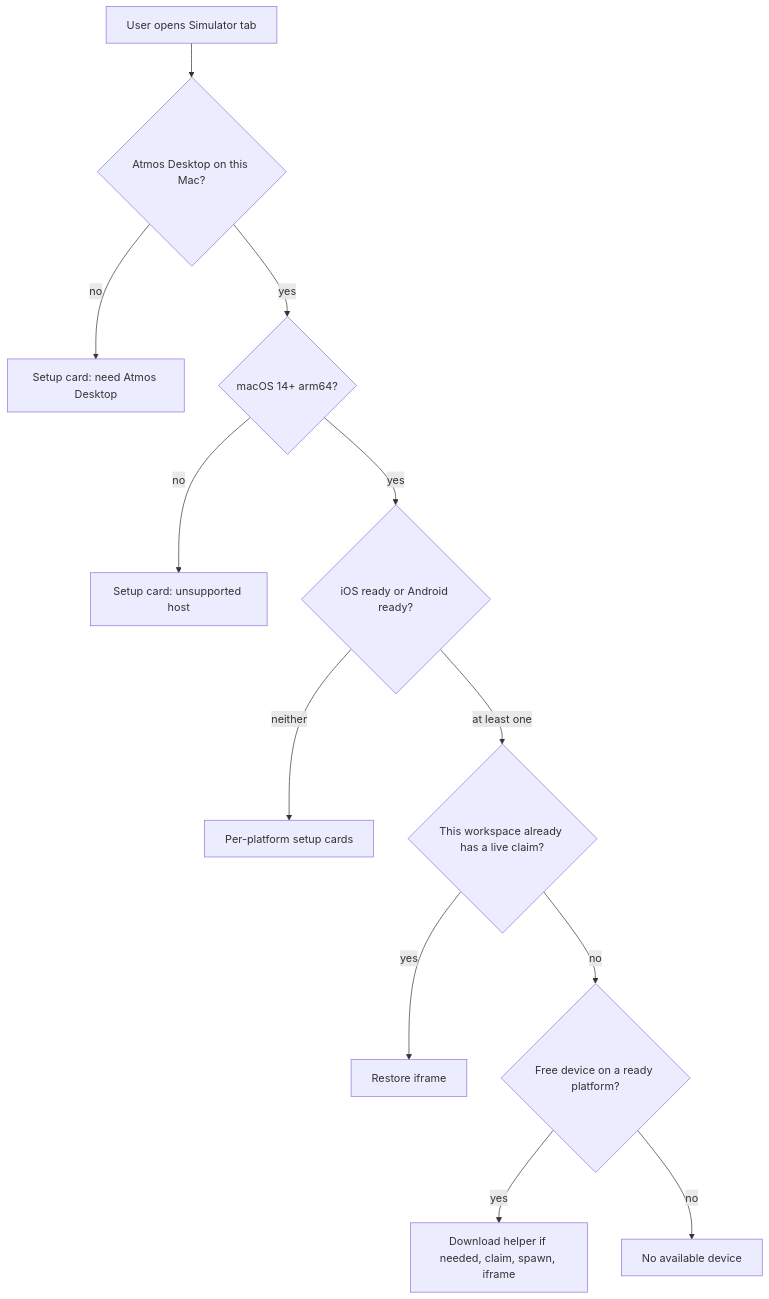
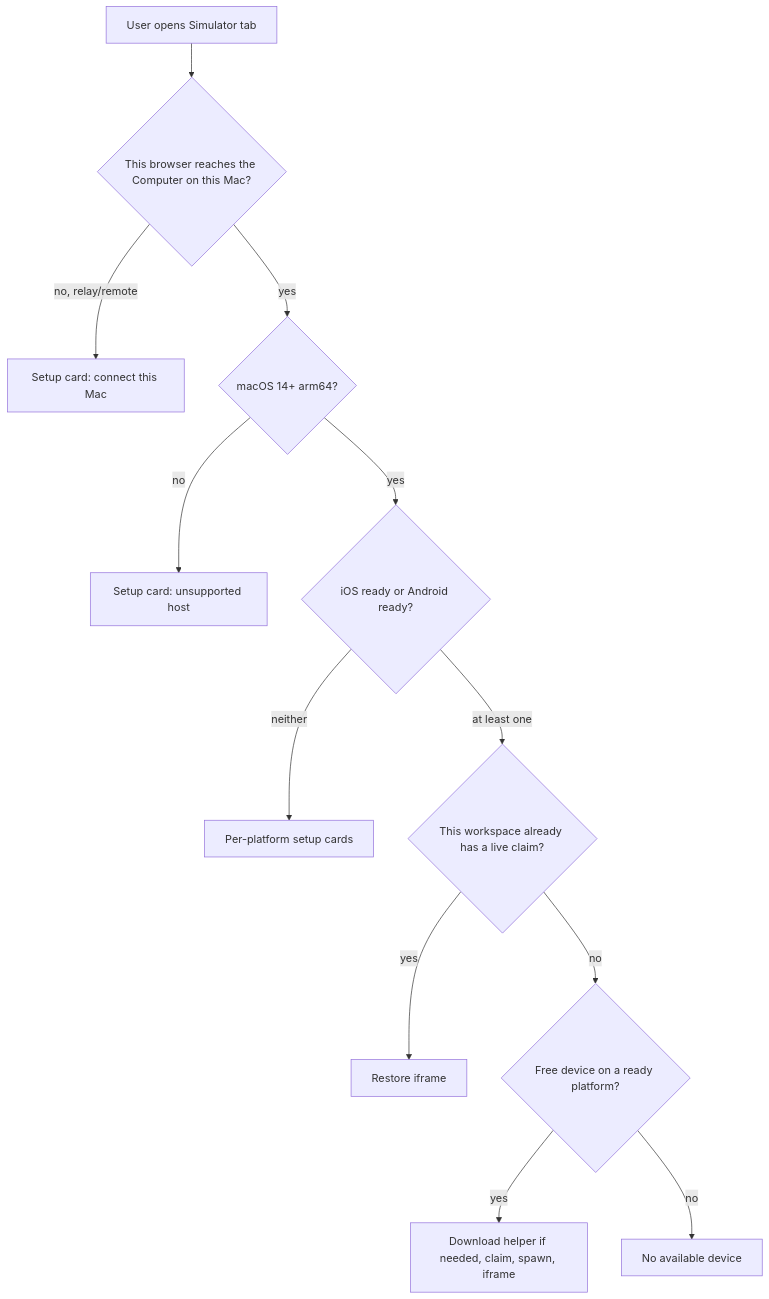
Before and after one commit to AruNi-01/atmos: the diagram in specs/APP/APP-070_simulator-optimize-add-android/PRD.md, drawn with Mermaid. The commit also changed other lines of this file and 15 other files, not shown here.

````diff
--- a/specs/APP/APP-070_simulator-optimize-add-android/PRD.md
+++ b/specs/APP/APP-070_simulator-optimize-add-android/PRD.md
@@ -41,14 +41,14 @@
 ```mermaid
 flowchart TD
-  open[User opens Simulator tab] --> desktop{Atmos Desktop on this Mac?}
-  desktop -->|no| needDesktop[Setup card: need Atmos Desktop]
-  desktop -->|yes| host{macOS 14+ arm64?}
+  open[User opens Simulator tab] --> local{This browser reaches the Computer on this Mac?}
+  local -->|no, relay/remote| needLocal[Setup card: connect this Mac]
+  local -->|yes| host{macOS 14+ arm64?}
   host -->|no| hostCard[Setup card: unsupported host]
   host -->|yes| platforms{iOS ready or Android ready?}
   platforms -->|neither| envCards[Per-platform setup cards]
   platforms -->|at least one| claim{This workspace already has a live claim?}
   claim -->|yes| iframe[Restore iframe]
   claim -->|no| free{Free device on a ready platform?}
   free -->|yes| start[Download helper if needed, claim, spawn, iframe]
   free -->|no| none[No available device]
 ```
````
